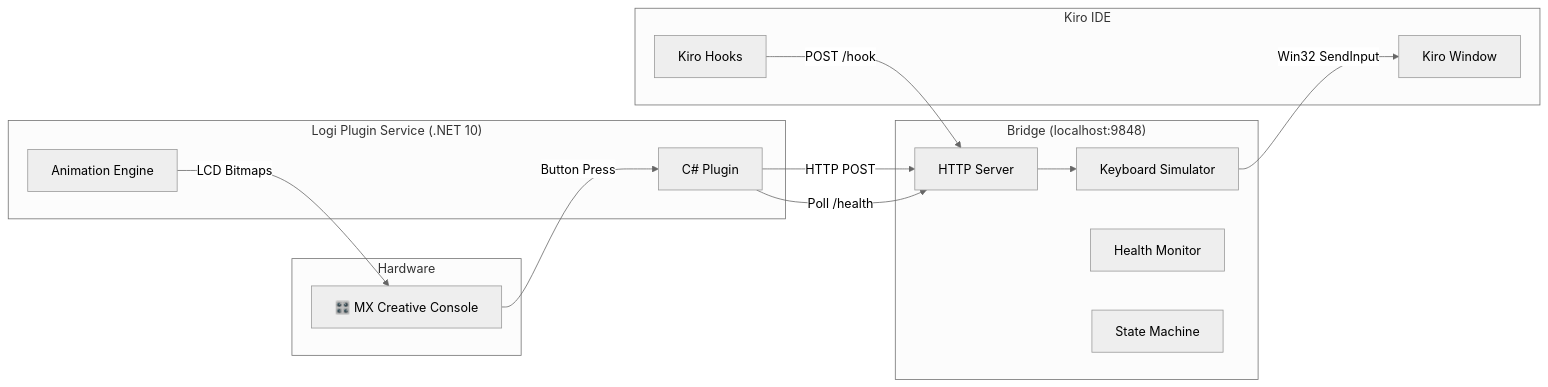
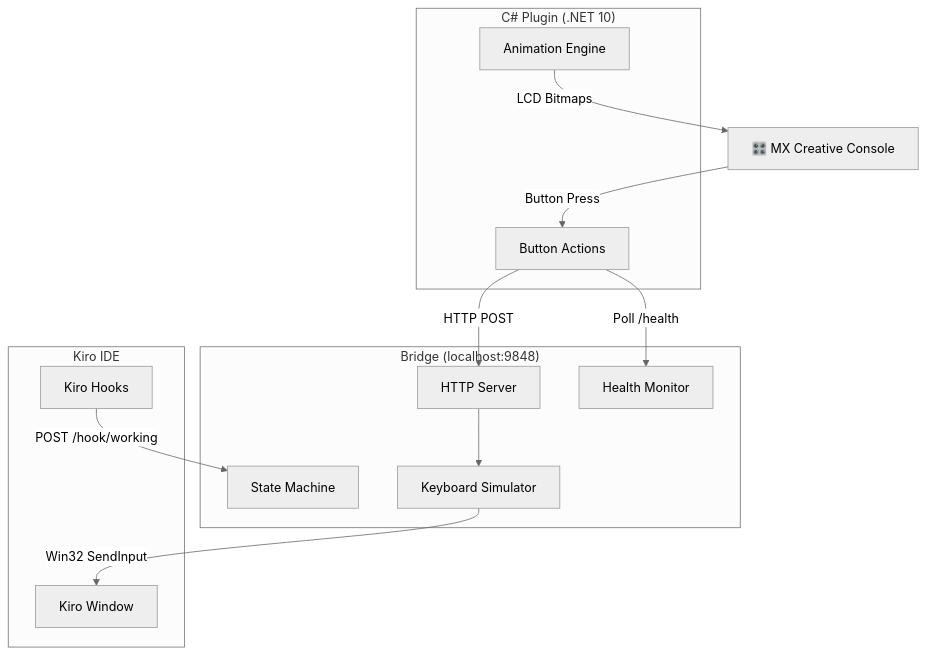
One commit to memetcircus/Kirocan changed the diagram in README.md. Above: the diagram before and after it, drawn with Mermaid (neutral theme).

Commit message:
docs: switch architecture diagram to top-down layout for better fit

````diff
--- a/README.md
+++ b/README.md
@@ -12,31 +12,29 @@
 ```mermaid
-graph LR
-    subgraph Hardware
-        MX[🎛️ MX Creative Console]
-    end
-
-    subgraph "Logi Plugin Service (.NET 10)"
-        Plugin[C# Plugin]
+graph TD
+    MX["🎛️ MX Creative Console"]
+    
+    subgraph Plugin ["C# Plugin (.NET 10)"]
+        Actions[Button Actions]
         Anim[Animation Engine]
     end
 
-    subgraph "Bridge (localhost:9848)"
+    subgraph Bridge ["Bridge (localhost:9848)"]
         HTTP[HTTP Server]
         KeySim[Keyboard Simulator]
+        State[State Machine]
         Health[Health Monitor]
-        State[State Machine]
     end
 
-    subgraph "Kiro IDE"
+    subgraph IDE ["Kiro IDE"]
         KiroWin[Kiro Window]
         Hooks[Kiro Hooks]
     end
 
-    MX -->|Button Press| Plugin
-    Plugin -->|HTTP POST| HTTP
+    MX -->|"Button Press"| Actions
+    Actions -->|"HTTP POST"| HTTP
     HTTP --> KeySim
-    KeySim -->|Win32 SendInput| KiroWin
-    Hooks -->|POST /hook| HTTP
-    Plugin -->|Poll /health| HTTP
-    Anim -->|LCD Bitmaps| MX
+    KeySim -->|"Win32 SendInput"| KiroWin
+    Hooks -->|"POST /hook/working"| State
+    Actions -->|"Poll /health"| Health
+    Anim -->|"LCD Bitmaps"| MX
 ```
````
